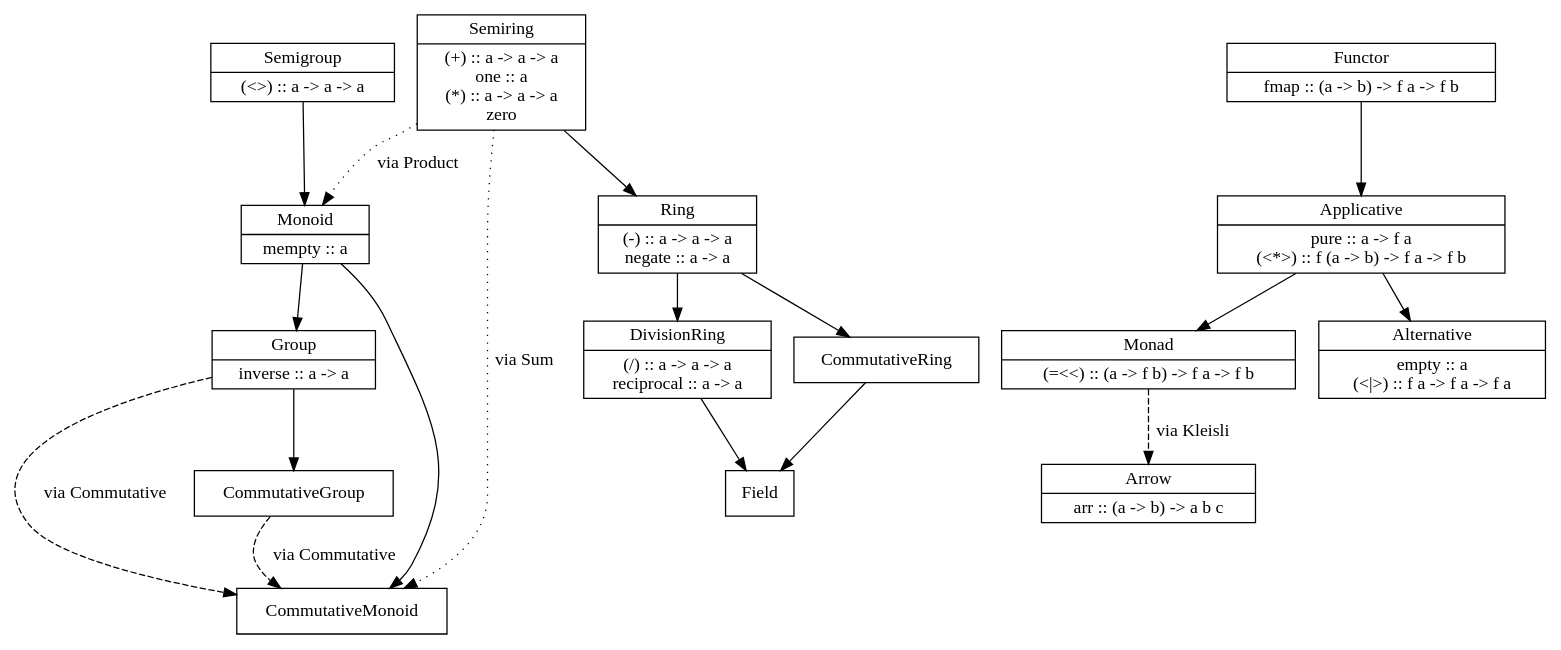
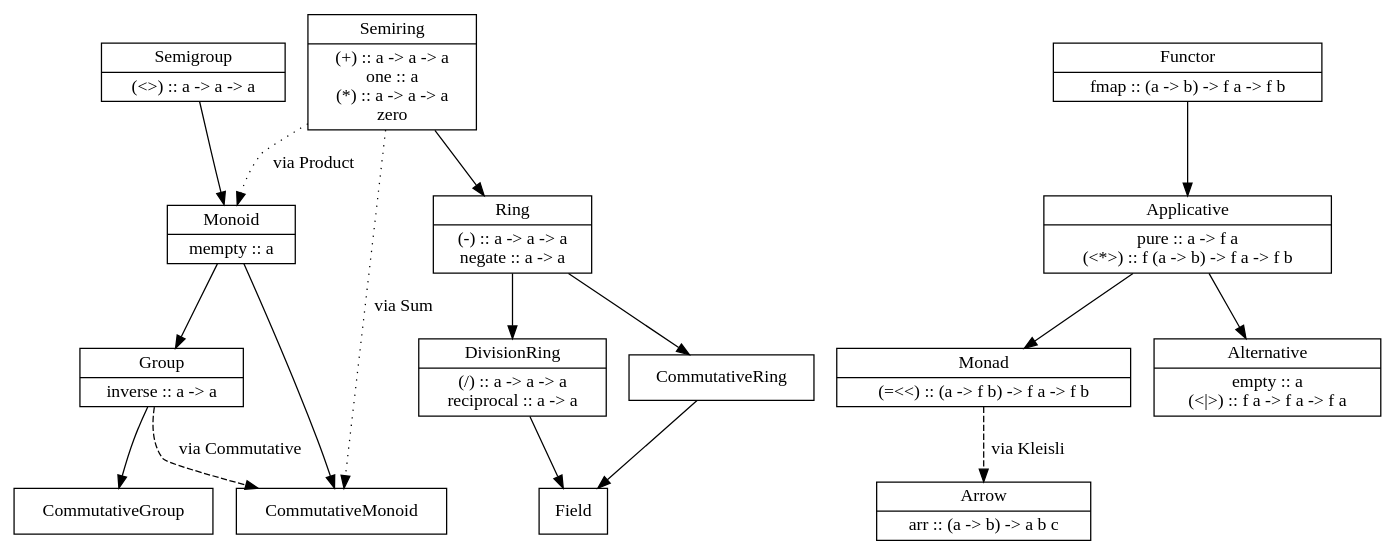
Before and after one commit to crumbtoo/purrlude: the diagram in Numeric.dot, drawn with Graphviz.

Commit message:
commutativeGroup -/-> commutativeMonoid

```diff
--- a/Numeric.dot
+++ b/Numeric.dot
@@ -1,64 +1,63 @@
 digraph numeric
 {
 	node [shape=record]
 
 	semigroup [label="{Semigroup | (\<\>) :: a -\> a -\> a}"]
 	semigroup -> monoid
 
 	monoid [label="{Monoid | mempty :: a}"]
 	monoid -> group
 
 	commutativeMonoid [label="{CommutativeMonoid}"]
 	monoid -> commutativeMonoid
 
 	group [label="{Group | inverse :: a -\> a}"]
 	group -> commutativeMonoid [label="via Commutative" style="dashed"]
 
 	// it's so tempting to call this an abelian group but UGH
 	commutativeGroup [label="{CommutativeGroup}"]
 	group -> commutativeGroup
-	commutativeGroup -> commutativeMonoid [label="via Commutative" style="dashed"]
 
 // --------------------------------------------------------------------------------
 
 	/* rng [label="{Rng | (+) :: a -\> a -\> a\nzero :: a\n(*) :: a -\> a -\> a\none :: a}"] */
 	/* rng -> ring */
 
 	/* rng -> commutativeGroup [label="via Sum" style="dashed"] */
 	/* rng -> semigroup [label="via Product" style="dashed"] */
 
 	semiring [label="{Semiring | (+) :: a -\> a -\> a\none :: a\n(*) :: a -\> a -\> a\nzero}"]
 	semiring -> commutativeMonoid [label="via Sum" style="dotted"]
 	semiring -> monoid [label="via Product" style="dotted"]
 	semiring -> ring
 
 	// Ring could be a subclass of Rng or Semiring (probably the better option)
 	// ring [label="{Ring | (+) :: a -\> a -\> a\n(-) :: a -\> a -\> a\nzero :: a\n(*) :: a -\> a -\> a\none :: a}"]
 
 	ring [label="{Ring | (-) :: a -\> a -\> a\nnegate :: a -\> a}"]
 	ring -> divisionRing
 	ring -> commutativeRing
 
 	commutativeRing [label="{CommutativeRing}"]
 	divisionRing [label="{DivisionRing | (/) :: a -\> a -\> a\nreciprocal :: a -\> a}"]
 
 	commutativeRing -> field
 	divisionRing -> field
 
 	field [label="{Field}"]
 
 // --------------------------------------------------------------------------------
 
 	functor [label="{Functor | fmap :: (a -\> b) -\> f a -\> f b}"]
 	functor -> applicative
 
 	applicative [label="{Applicative | pure :: a -\> f a\n(\<*\>) :: f (a -\> b) -\> f a -\> f b}"]
 	applicative -> monad
 
 	alternative [label="{Alternative | empty :: a\n(\<\|\>) :: f a -\> f a -\> f a}"]
 	applicative -> alternative
 
 	monad [label="{Monad | (=\<\<) :: (a -\> f b) -\> f a -\> f b}"]
 	arrow [label="{Arrow | arr :: (a -\> b) -\> a b c}"]
 	monad -> arrow [label="via Kleisli" style="dashed"]
 }
```
